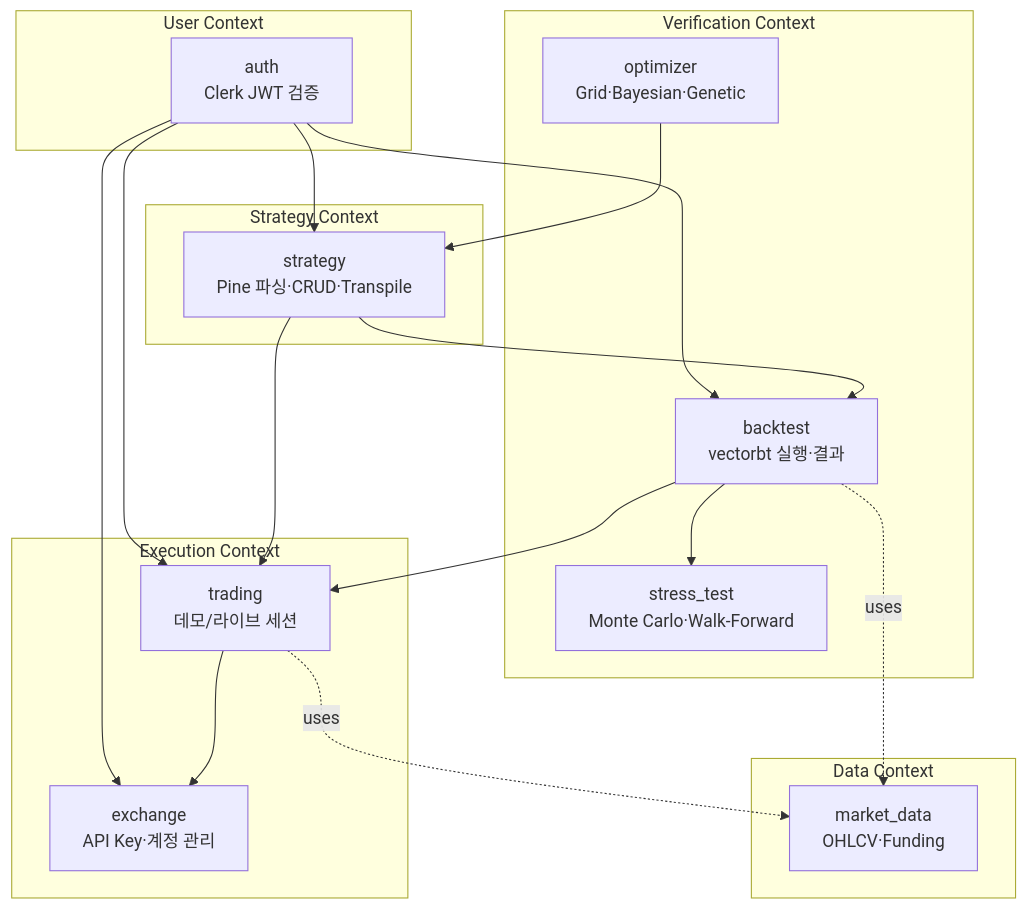
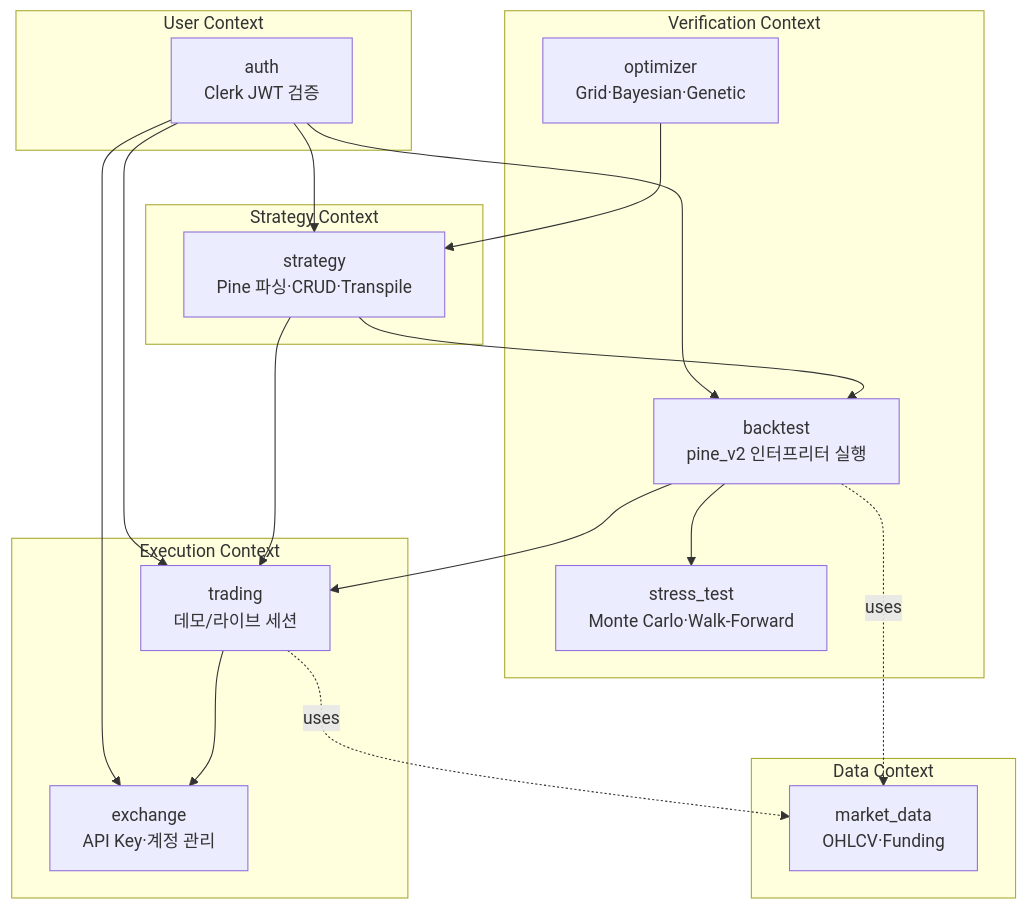
One commit to woosung-dev/quantbridge changed the diagram in docs/02_domain/domain-overview.md. Above: the diagram before and after it, drawn with Mermaid. The commit also changed other lines of this file and 3 other files, not shown here.

````diff
--- a/docs/02_domain/domain-overview.md
+++ b/docs/02_domain/domain-overview.md
@@ -8,42 +8,42 @@
 ```mermaid
 flowchart TB
     subgraph User["User Context"]
         Auth[auth\nClerk JWT 검증]
     end
 
     subgraph Strategy["Strategy Context"]
         Str[strategy\nPine 파싱·CRUD·Transpile]
     end
 
     subgraph Verify["Verification Context"]
-        BT[backtest\nvectorbt 실행·결과]
+        BT[backtest\npine_v2 인터프리터 실행]
         ST[stress_test\nMonte Carlo·Walk-Forward]
         Opt[optimizer\nGrid·Bayesian·Genetic]
     end
 
     subgraph Execute["Execution Context"]
         Trd[trading\n데모/라이브 세션]
         Ex[exchange\nAPI Key·계정 관리]
     end
 
     subgraph Data["Data Context"]
         MD[market_data\nOHLCV·Funding]
     end
 
     Auth --> Str
     Auth --> BT
     Auth --> Trd
     Auth --> Ex
 
     Str --> BT
     Str --> Trd
 
     BT --> ST
     BT --> Trd
     BT -. uses .-> MD
 
     Opt --> Str
 
     Trd --> Ex
     Trd -. uses .-> MD
 ```
````
